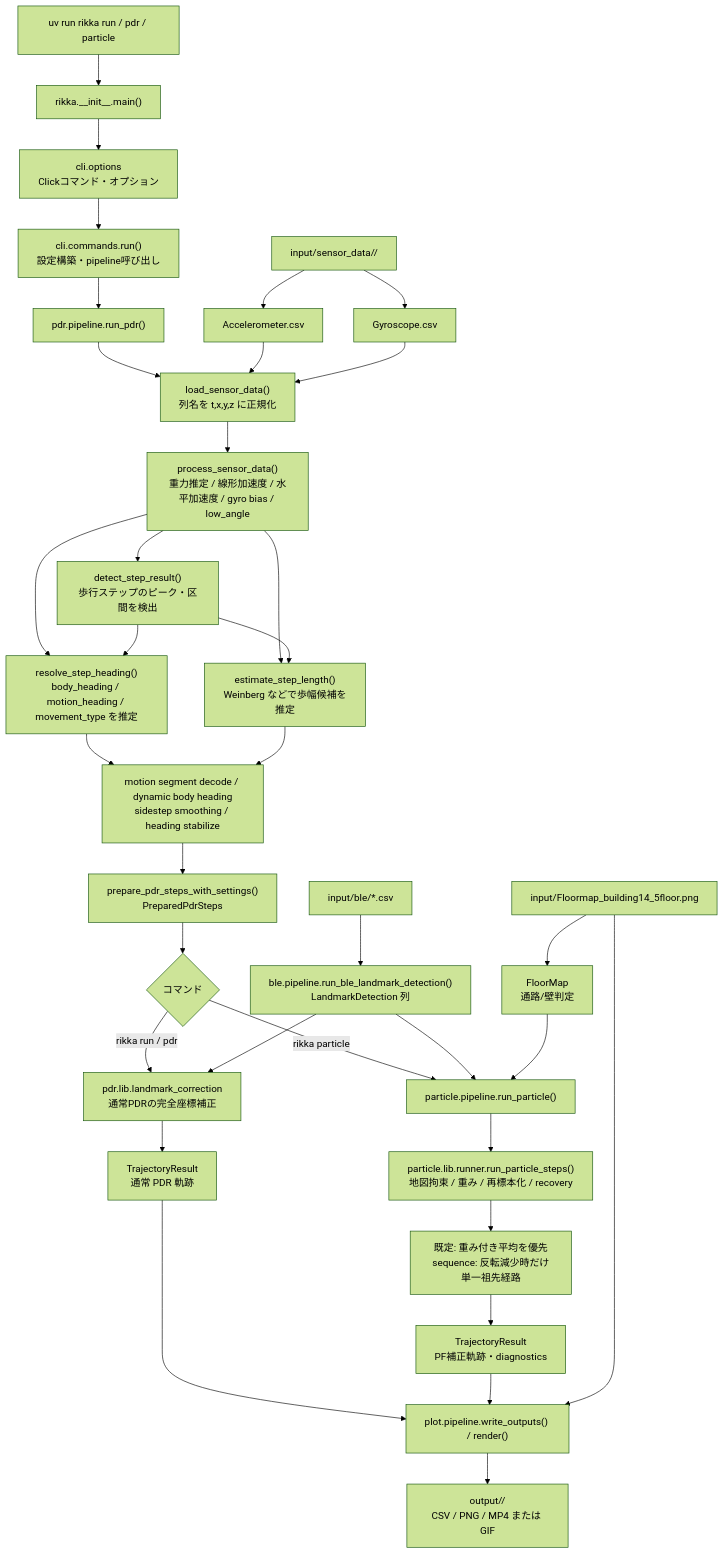
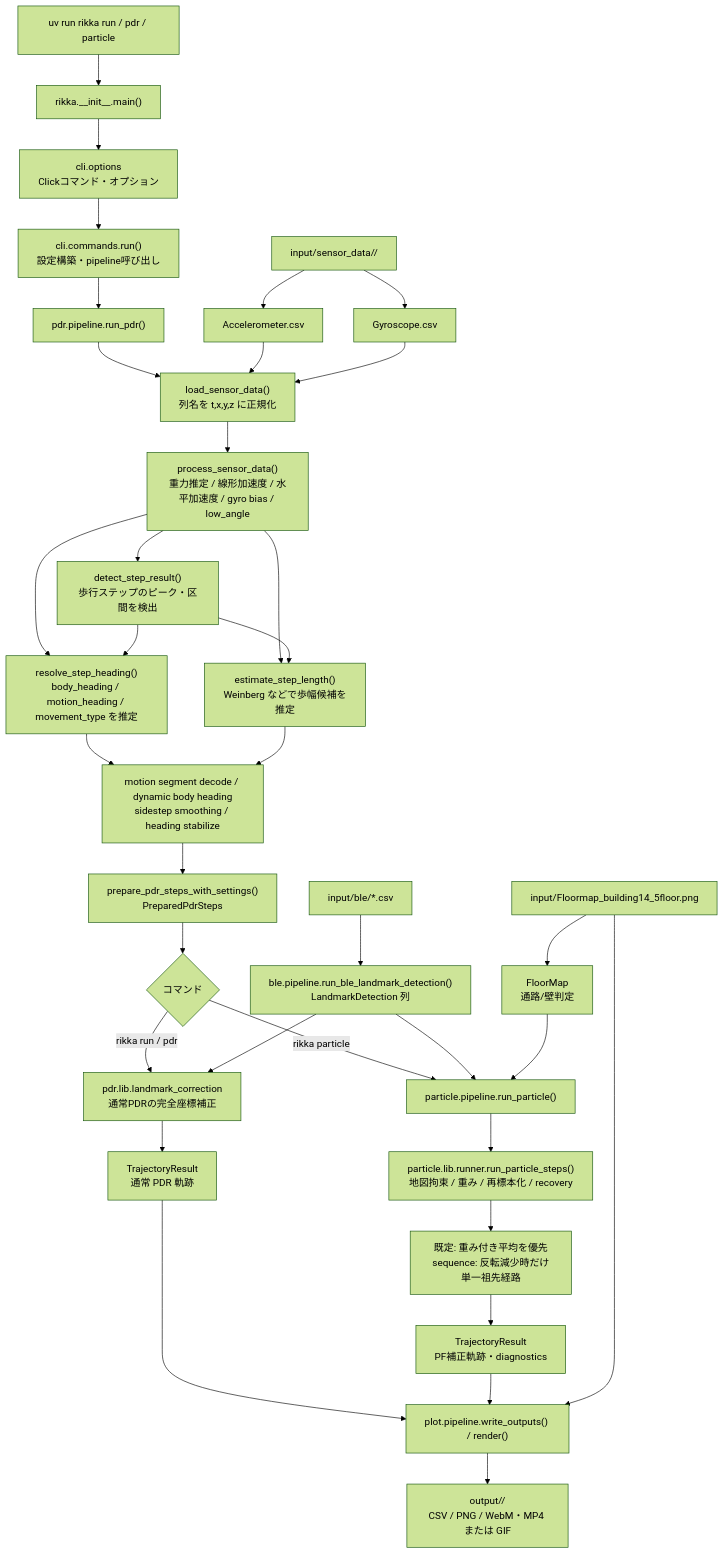
The first of 2 diagrams in README.md (kajiLabTeam/rikka), drawn with Mermaid (forest theme) before and after one commit. The commit also changed other lines of this file and 6 other files, not shown here.

````diff
--- a/README.md
+++ b/README.md
@@ -278,43 +279,43 @@
 ```mermaid
 flowchart TD
     command["uv run rikka run / pdr / particle"] --> entry["rikka.__init__.main()"]
     entry --> cli_options["cli.options\nClickコマンド・オプション"]
     cli_options --> cli_run["cli.commands.run()\n設定構築・pipeline呼び出し"]
 
     input_dir["input/sensor_data/<data_dir>/"] --> acc_csv["Accelerometer.csv"]
     input_dir --> gyro_csv["Gyroscope.csv"]
 
     cli_run --> pdr_pipeline["pdr.pipeline.run_pdr()"]
     pdr_pipeline --> load["load_sensor_data()\n列名を t,x,y,z に正規化"]
     acc_csv --> load
     gyro_csv --> load
     load --> preprocess["process_sensor_data()\n重力推定 / 線形加速度 / 水平加速度 / gyro bias / low_angle"]
 
     preprocess --> step_detect["detect_step_result()\n歩行ステップのピーク・区間を検出"]
     preprocess --> heading["resolve_step_heading()\nbody_heading / motion_heading / movement_type を推定"]
     step_detect --> heading
     preprocess --> step_length["estimate_step_length()\nWeinberg などで歩幅候補を推定"]
     step_detect --> step_length
     heading --> sidestep["motion segment decode / dynamic body heading\nsidestep smoothing / heading stabilize"]
     step_length --> sidestep
     sidestep --> prepared["prepare_pdr_steps_with_settings()\nPreparedPdrSteps"]
 
     prepared --> pdr_branch{"コマンド"}
     ble_csv["input/ble/*.csv"] --> ble_pipeline["ble.pipeline.run_ble_landmark_detection()\nLandmarkDetection 列"]
     pdr_branch -->|rikka run / pdr| pdr_landmark["pdr.lib.landmark_correction\n通常PDRの完全座標補正"]
     ble_pipeline --> pdr_landmark
     pdr_landmark --> det_traj["TrajectoryResult\n通常 PDR 軌跡"]
     pdr_branch -->|rikka particle| particle_pipeline["particle.pipeline.run_particle()"]
     ble_pipeline --> particle_pipeline
     particle_pipeline --> pf["particle.lib.runner.run_particle_steps()\n地図拘束 / 重み / 再標本化 / recovery"]
 
     floormap["input/Floormap_building14_5floor.png"] --> pf_map["FloorMap\n通路/壁判定"]
     pf_map --> particle_pipeline
     pf --> pf_path["既定: 重み付き平均を優先\nsequence: 反転減少時だけ単一祖先経路"]
 
     det_traj --> plot_pipeline["plot.pipeline.write_outputs() / render()"]
     pf_path --> pf_result["TrajectoryResult\nPF補正軌跡・diagnostics"]
     pf_result --> plot_pipeline
     floormap --> plot_pipeline
-    plot_pipeline --> output_dir["output/<timestamp>/\nCSV / PNG / MP4 または GIF"]
+    plot_pipeline --> output_dir["output/<timestamp>/\nCSV / PNG / WebM・MP4 または GIF"]
 ```
````
